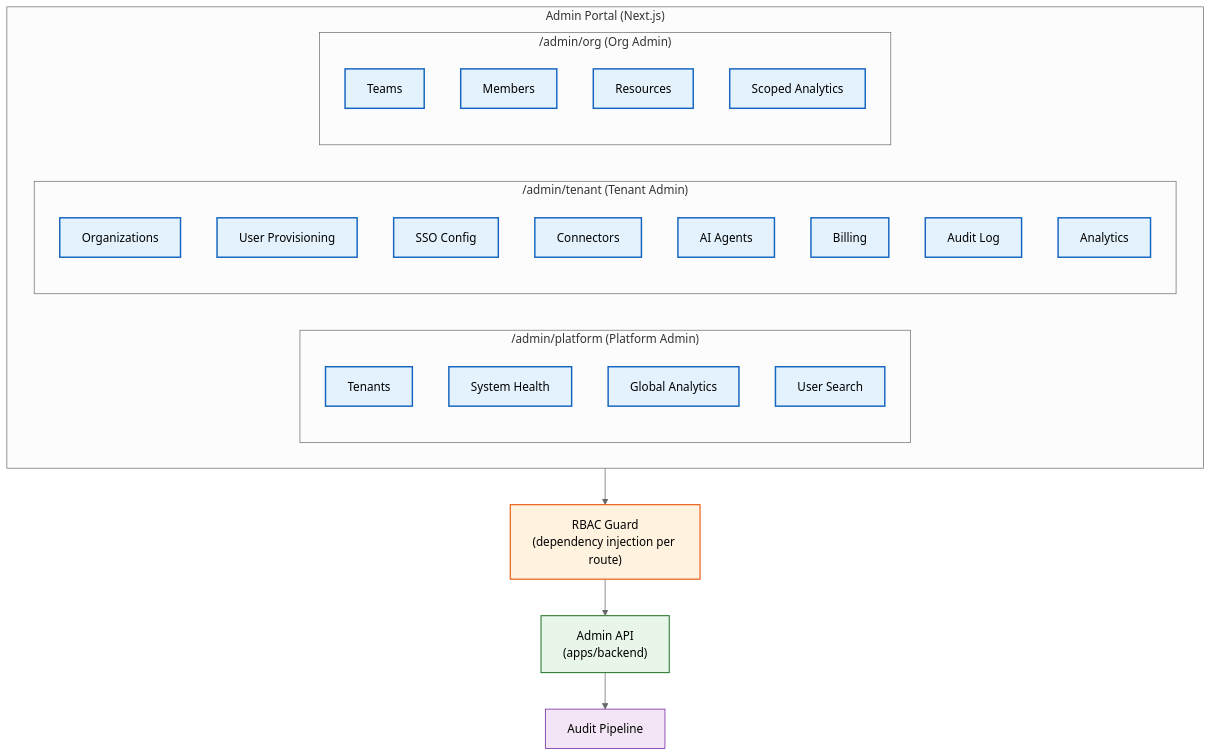
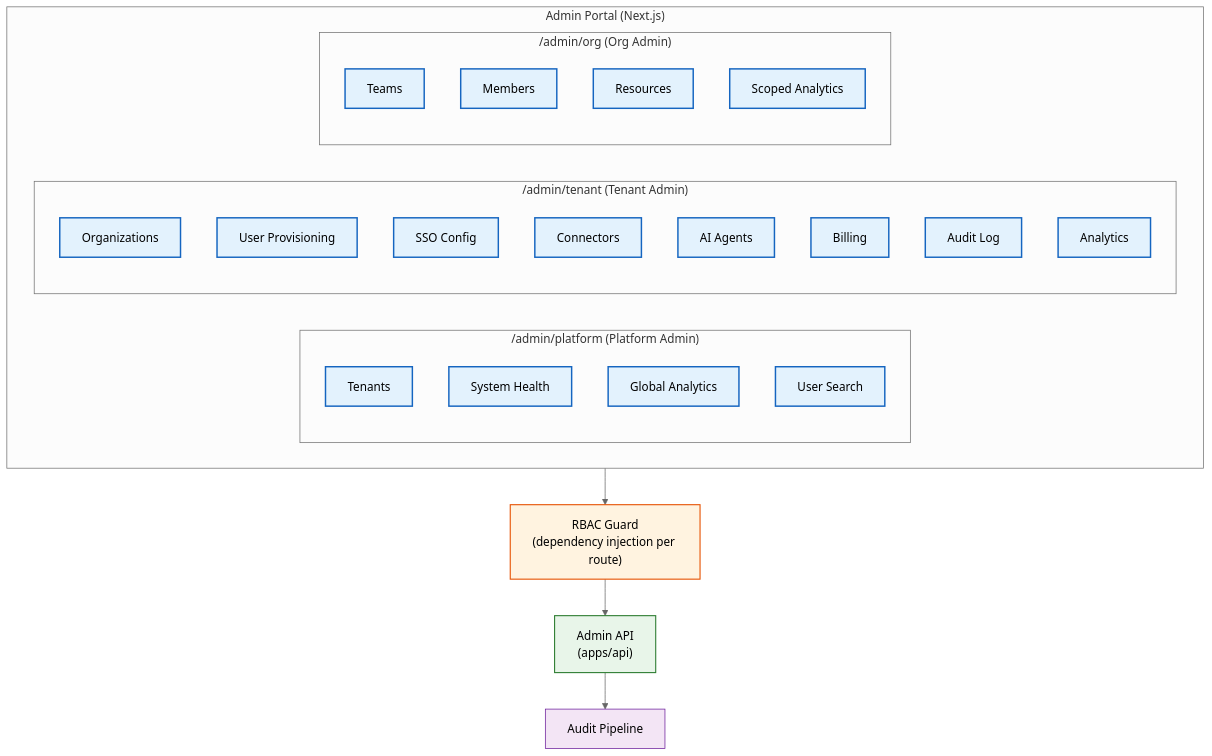
The first of 2 diagrams in docs/enterprise/Admin-Portal.md (Driftloom/Vaeloom), drawn with Mermaid (neutral theme) before and after one commit. The commit also changed 730 other files, not shown here.

First line of the commit message:
refactor: rename apps/backend to apps/api + upgrade MVP-P02 prompt

````diff
--- a/docs/enterprise/Admin-Portal.md
+++ b/docs/enterprise/Admin-Portal.md
@@ -62,38 +62,38 @@
 ```mermaid
 graph TD
     classDef route fill:#e3f2fd,stroke:#1565c0,color:#000,stroke-width:2px
     classDef api fill:#e8f5e9,stroke:#2e7d32,color:#000,stroke-width:1.5px
     classDef guard fill:#fff3e0,stroke:#e65100,color:#000,stroke-width:1.5px
     classDef audit fill:#f3e5f5,stroke:#6a1b9a,color:#000,stroke-width:1px
 
     subgraph Portal["Admin Portal (Next.js)"]
         subgraph Platform["/admin/platform (Platform Admin)"]
             PA1["Tenants"]:::route
             PA2["System Health"]:::route
             PA3["Global Analytics"]:::route
             PA4["User Search"]:::route
         end
         subgraph Tenant["/admin/tenant (Tenant Admin)"]
             TA1["Organizations"]:::route
             TA2["User Provisioning"]:::route
             TA3["SSO Config"]:::route
             TA4["Connectors"]:::route
             TA5["AI Agents"]:::route
             TA6["Billing"]:::route
             TA7["Audit Log"]:::route
             TA8["Analytics"]:::route
         end
         subgraph Org["/admin/org (Org Admin)"]
             OA1["Teams"]:::route
             OA2["Members"]:::route
             OA3["Resources"]:::route
             OA4["Scoped Analytics"]:::route
         end
     end
 
     GUARD["RBAC Guard<br/>(dependency injection per route)"]:::guard
-    API["Admin API<br/>(apps/backend)"]:::api
+    API["Admin API<br/>(apps/api)"]:::api
     AUDIT["Audit Pipeline"]:::audit
 
     Portal --> GUARD --> API --> AUDIT
 ```
````
